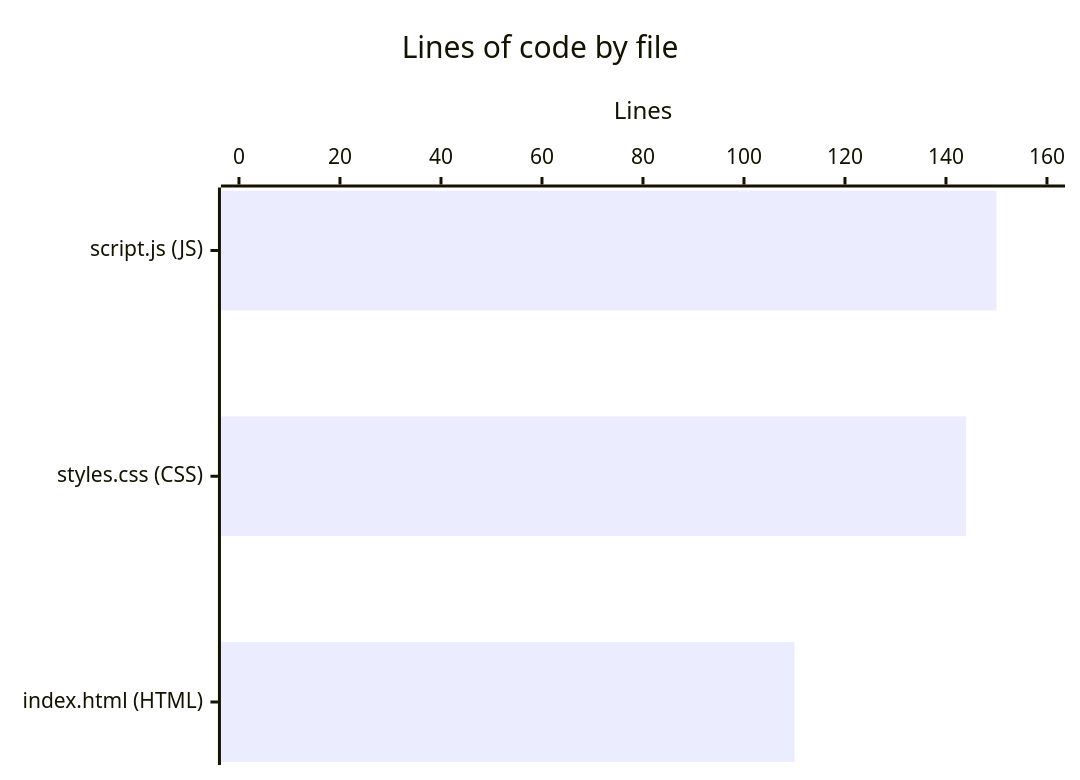
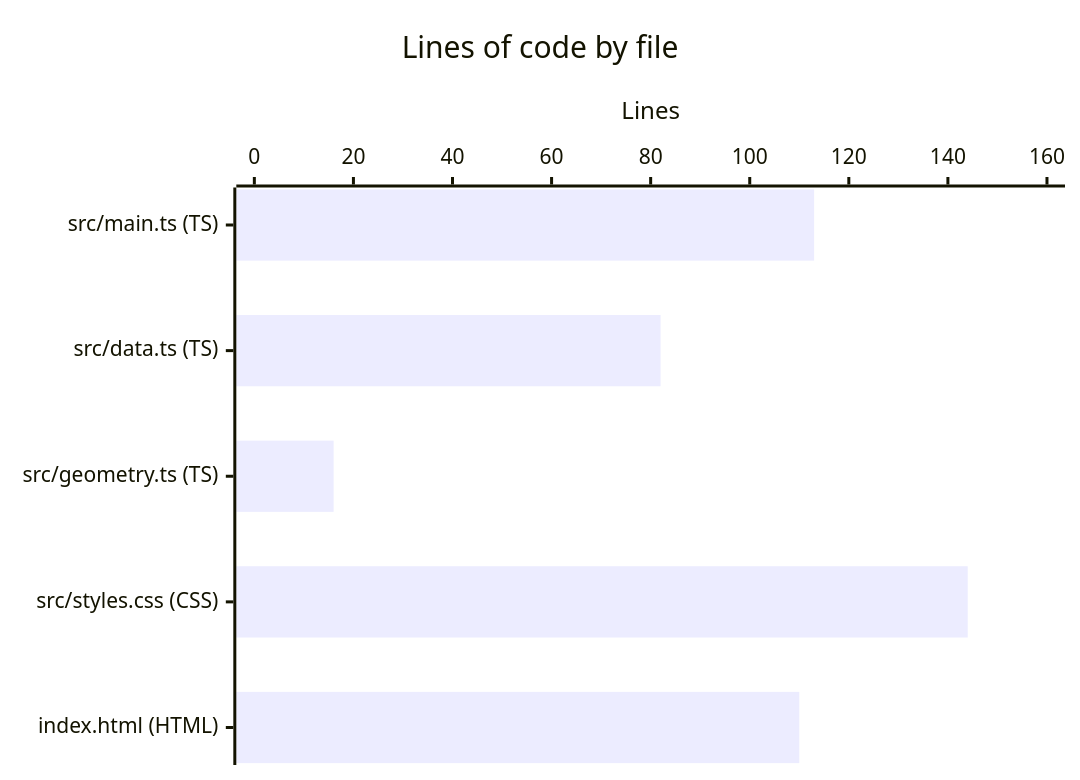
The second of 3 diagrams in droid-wiki/overview/architecture.md (FranklinP44/ikigai), drawn with Mermaid before and after one commit. The commit also changed other lines of this file and 30 other files, not shown here.

````diff
--- a/droid-wiki/overview/architecture.md
+++ b/droid-wiki/overview/architecture.md
@@ -23,7 +28,7 @@
 ```mermaid
 xychart-beta horizontal
     title "Lines of code by file"
-    x-axis ["script.js (JS)", "styles.css (CSS)", "index.html (HTML)"]
+    x-axis ["src/main.ts (TS)", "src/data.ts (TS)", "src/geometry.ts (TS)", "src/styles.css (CSS)", "index.html (HTML)"]
     y-axis "Lines" 0 --> 160
-    bar [150, 144, 110]
+    bar [113, 82, 16, 144, 110]
 ```
````
